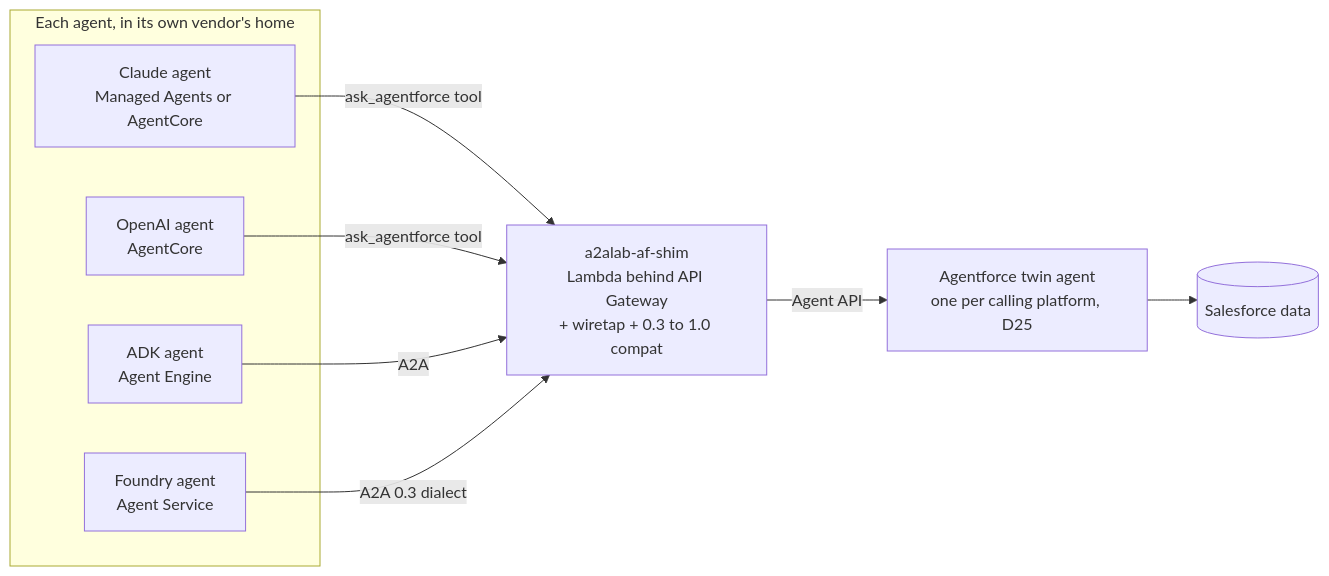
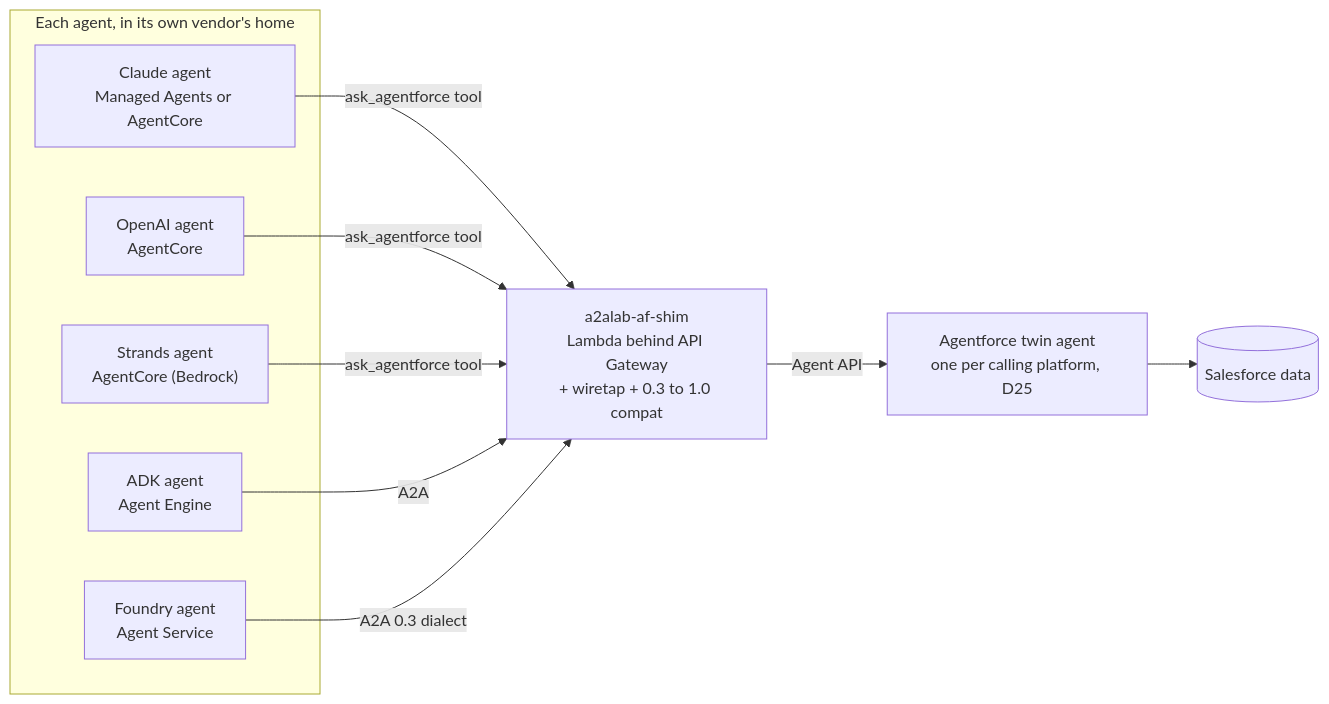
One commit to congmingwudi/a2a-lab changed the fifth of 11 diagrams in plan/09-deployment-map.md. Above: the diagram before and after it, drawn with Mermaid. The commit also changed other lines of this file and 62 other files, not shown here.

````diff
--- a/plan/09-deployment-map.md
+++ b/plan/09-deployment-map.md
@@ -329,16 +329,18 @@
 ```mermaid
 flowchart LR
   subgraph HOSTS["Each agent, in its own vendor's home"]
     C["Claude agent<br/>Managed Agents or AgentCore"]
     O["OpenAI agent<br/>AgentCore"]
+    S["Strands agent<br/>AgentCore (Bedrock)"]
     A["ADK agent<br/>Agent Engine"]
     F["Foundry agent<br/>Agent Service"]
   end
   C -->|"ask_agentforce tool"| SHIMX
   O -->|"ask_agentforce tool"| SHIMX
+  S -->|"ask_agentforce tool"| SHIMX
   A -->|"A2A"| SHIMX
   F -->|"A2A 0.3 dialect"| SHIMX
   SHIMX["a2alab-af-shim<br/>Lambda behind API Gateway<br/>+ wiretap + 0.3 to 1.0 compat"]
   SHIMX -->|"Agent API"| AFT["Agentforce twin agent<br/>one per calling platform, D25"]
   AFT --> CRM[("Salesforce data")]
 ```
````
